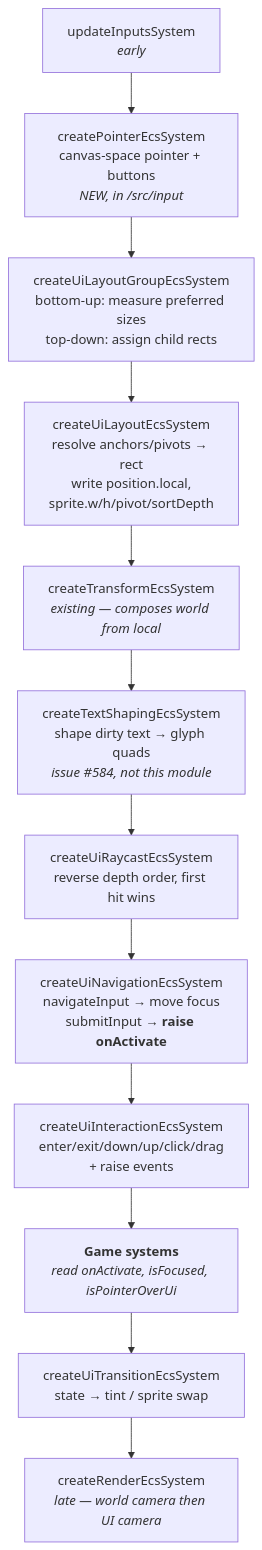
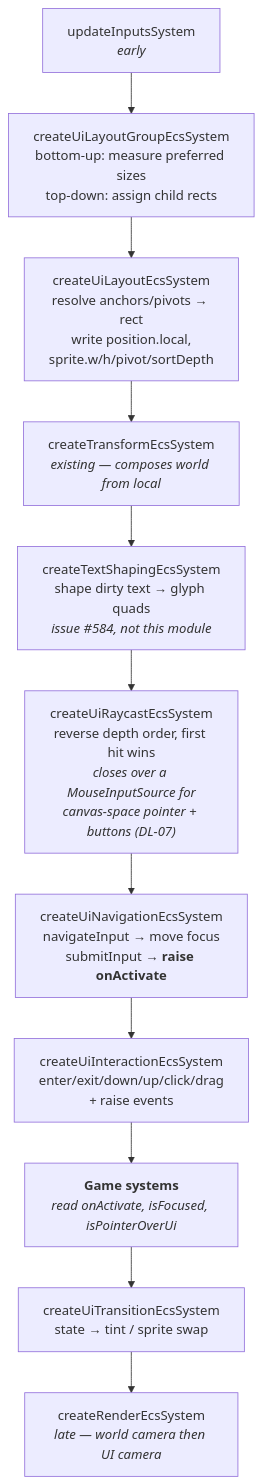
One commit to Forge-Game-Engine/Forge changed the third of 7 diagrams in design/ui-system.md. Above: the diagram before and after it, drawn with Mermaid. The commit also changed other lines of this file and 20 other files, not shown here.

````diff
--- a/design/ui-system.md
+++ b/design/ui-system.md
@@ -340,17 +340,16 @@
 ```mermaid
 flowchart TD
     IN["updateInputsSystem<br/><i>early</i>"]
-    PTR["createPointerEcsSystem<br/>canvas-space pointer + buttons<br/><i>NEW, in /src/input</i>"]
     LG["createUiLayoutGroupEcsSystem<br/>bottom-up: measure preferred sizes<br/>top-down: assign child rects"]
     UL["createUiLayoutEcsSystem<br/>resolve anchors/pivots → rect<br/>write position.local,<br/>sprite.w/h/pivot/sortDepth"]
     TS["createTransformEcsSystem<br/><i>existing — composes world from local</i>"]
     TX["createTextShapingEcsSystem<br/>shape dirty text → glyph quads<br/><i>issue #584, not this module</i>"]
-    RC["createUiRaycastEcsSystem<br/>reverse depth order, first hit wins"]
+    RC["createUiRaycastEcsSystem<br/>reverse depth order, first hit wins<br/><i>closes over a MouseInputSource for<br/>canvas-space pointer + buttons (DL-07)</i>"]
     NAV["createUiNavigationEcsSystem<br/>navigateInput → move focus<br/>submitInput → <b>raise onActivate</b>"]
     UI2["createUiInteractionEcsSystem<br/>enter/exit/down/up/click/drag<br/>+ raise events"]
     W["<b>Game systems</b><br/><i>read onActivate, isFocused, isPointerOverUi</i>"]
     TR["createUiTransitionEcsSystem<br/>state → tint / sprite swap"]
     RS["createRenderEcsSystem<br/><i>late — world camera then UI camera</i>"]
 
-    IN --> PTR --> LG --> UL --> TS --> TX --> RC --> NAV --> UI2 --> W --> TR --> RS
+    IN --> LG --> UL --> TS --> TX --> RC --> NAV --> UI2 --> W --> TR --> RS
 ```
````
